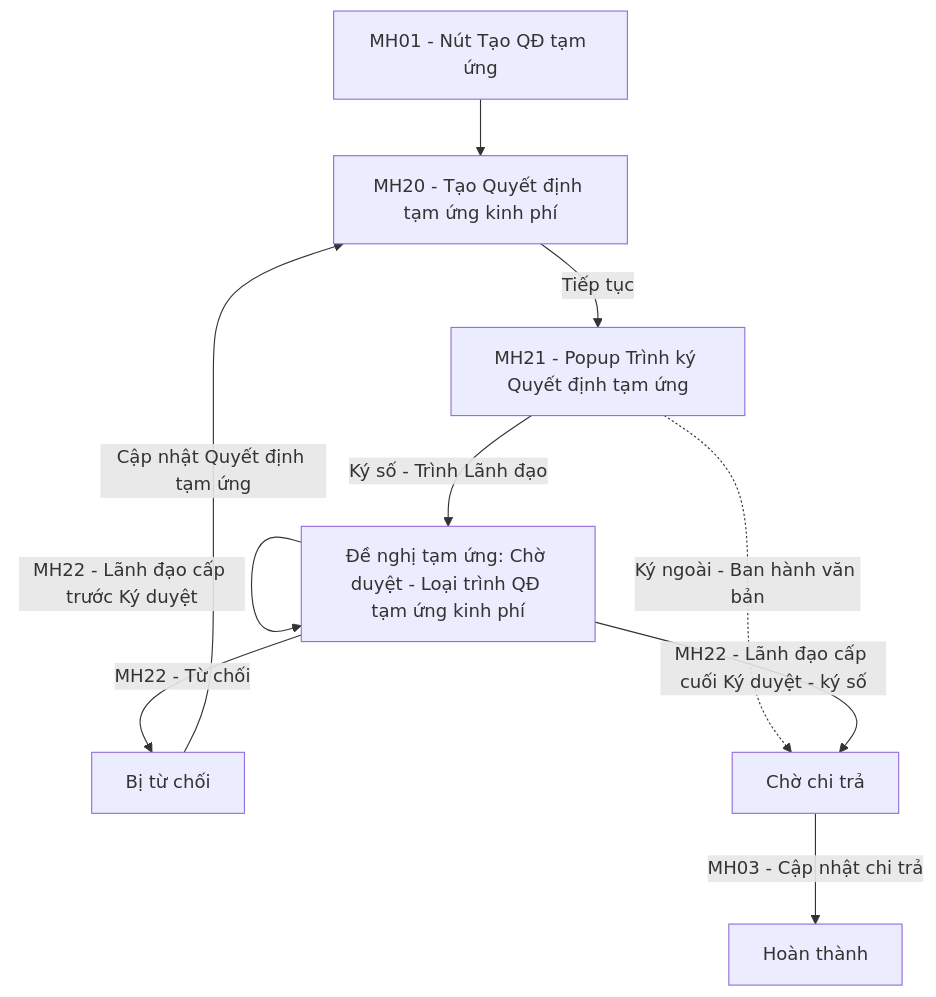
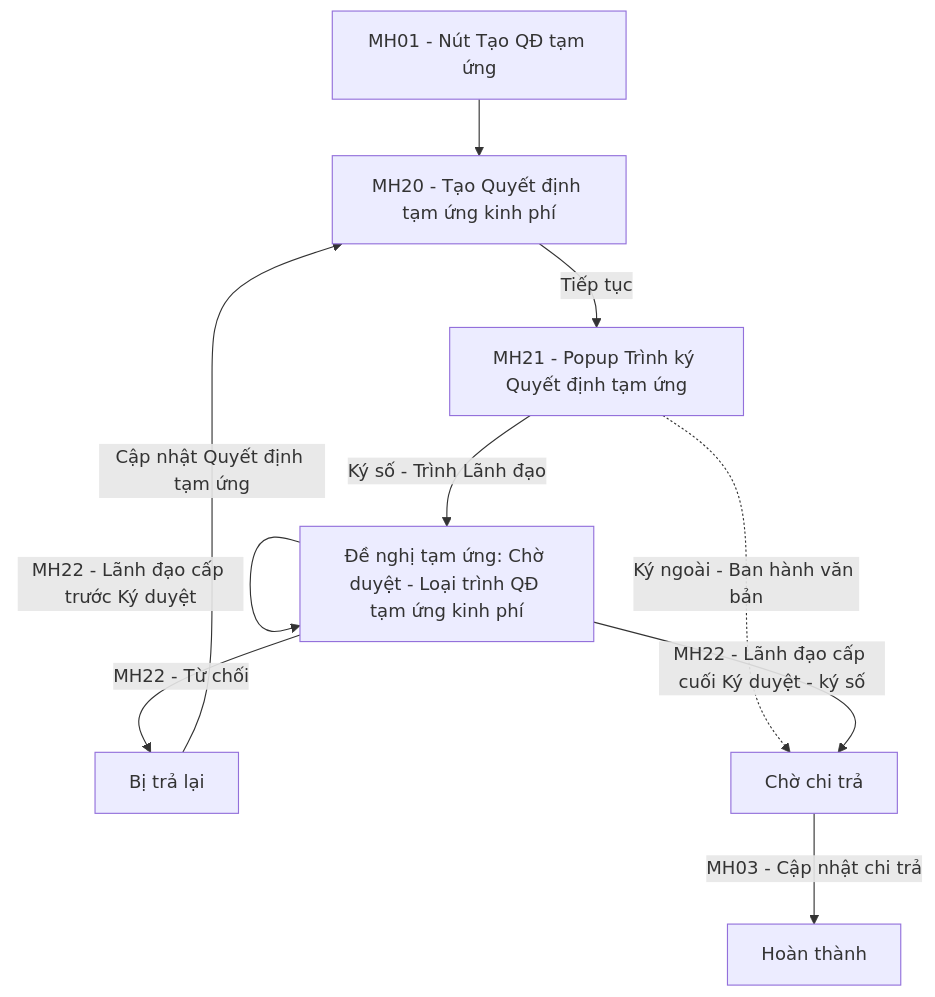
Before and after one commit to huyendt2007/BPBD_UI: the second of 2 diagrams in Tai_lieu_SRS/03_Website_Quan_tri/03_Cong_tac_boi_thuong/SRS_BTNN_GiaiQuyetBT_KinhPhi_BT.md, drawn with Mermaid. The commit also changed other lines of this file and 74 other files, not shown here.

First line of the commit message:
feat(btnn): phục hồi danh dự, hoàn trả (miễn/giảm, thu tiền), Bị trả lại

````diff
--- a/Tai_lieu_SRS/03_Website_Quan_tri/03_Cong_tac_boi_thuong/SRS_BTNN_GiaiQuyetBT_KinhPhi_BT.md
+++ b/Tai_lieu_SRS/03_Website_Quan_tri/03_Cong_tac_boi_thuong/SRS_BTNN_GiaiQuyetBT_KinhPhi_BT.md
@@ -593,12 +593,12 @@
 ```mermaid
 flowchart TD
     A[MH01 - Nút Tạo QĐ tạm ứng] --> B[MH20 - Tạo Quyết định tạm ứng kinh phí]
     B -->|Tiếp tục| C[MH21 - Popup Trình ký Quyết định tạm ứng]
     C -->|Ký số - Trình Lãnh đạo| D[Đề nghị tạm ứng: Chờ duyệt - Loại trình QĐ tạm ứng kinh phí]
     C -.->|Ký ngoài - Ban hành văn bản| F
     D -->|MH22 - Lãnh đạo cấp trước Ký duyệt| D
     D -->|MH22 - Lãnh đạo cấp cuối Ký duyệt - ký số| F[Chờ chi trả]
-    D -->|MH22 - Từ chối| E[Bị từ chối]
+    D -->|MH22 - Từ chối| E[Bị trả lại]
     E -->|Cập nhật Quyết định tạm ứng| B
     F -->|MH03 - Cập nhật chi trả| G[Hoàn thành]
 ```
````
